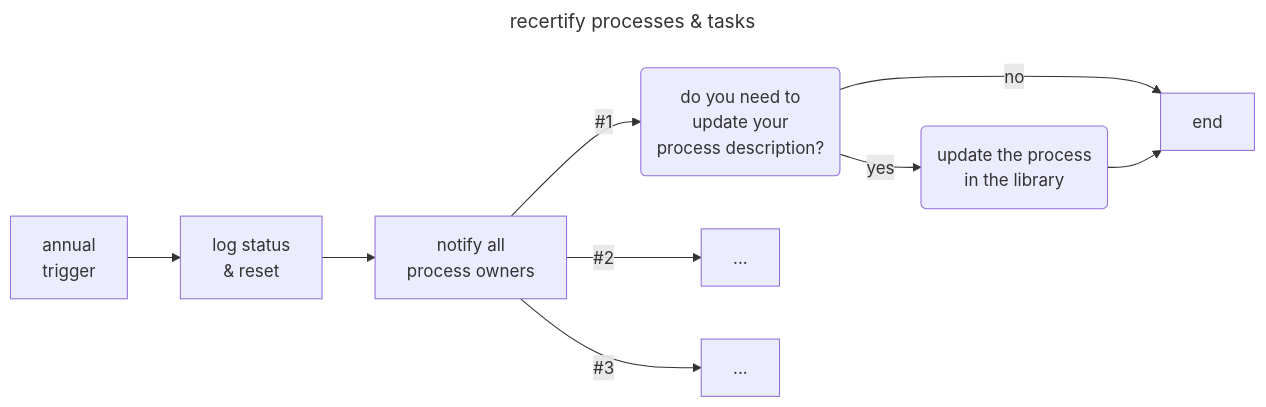
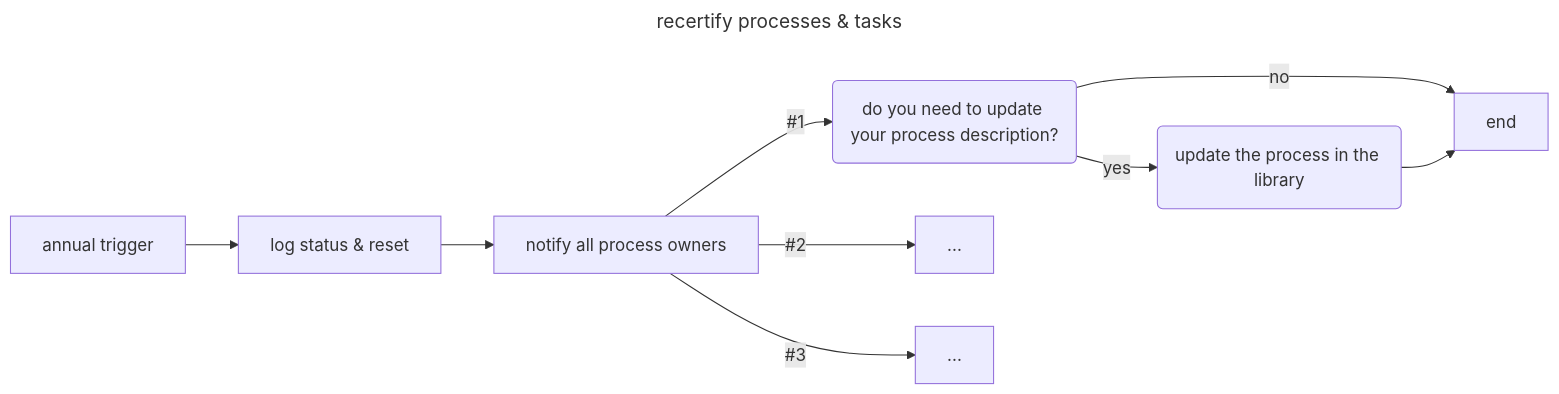
Before and after one commit to khaldoun-xyz/standard: the first of 3 diagrams in docs/processes.md, drawn with Mermaid. The commit also changed other lines of this file, not shown here.

```diff
--- a/docs/processes.md
+++ b/docs/processes.md
@@ -44,14 +45,14 @@
 ~~~mermaid
 ---
 title: recertify processes & tasks
 ---
 flowchart LR
-  A[annual \n trigger] --> B[log status \n & reset]
-  B --> C[notify all \n process owners]
-  C -->|#1| D(do you need to \n update your \n process description?)
-  C -->|#2| E[...]
-  C -->|#3| F[...]
-  D -->|yes| G(update the process \n in the library)
-  D -->|no| H[end]
+  A[annual trigger] --> B[log status & reset]
+  B --> C[notify all process owners]
+  C --> |#1| D(do you need to update your process description?)
+  C --> |#2| E[...]
+  C --> |#3| F[...]
+  D --> |yes| G(update the process in the library)
+  D --> |no| H[end]
   G --> H
 ~~~
```
